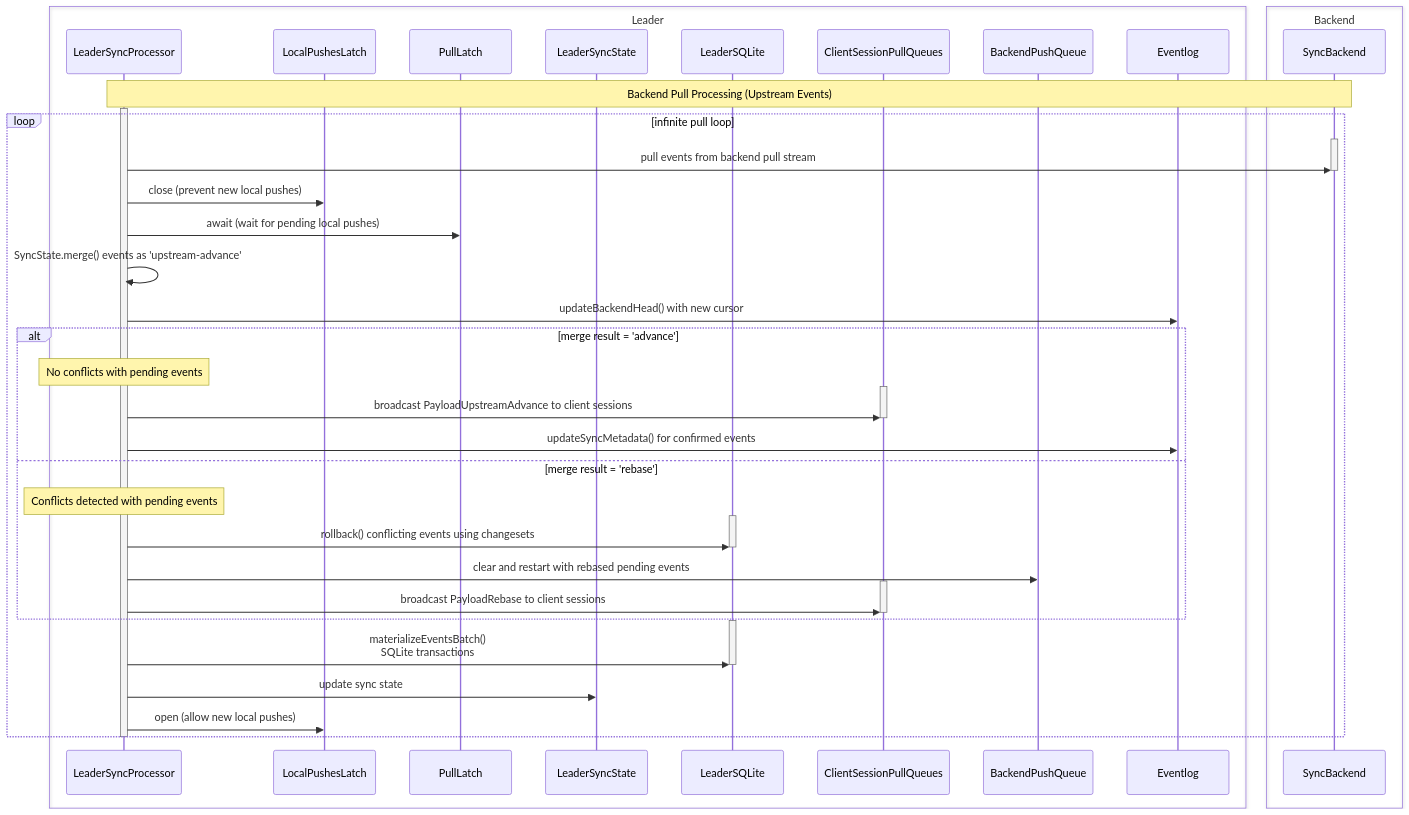
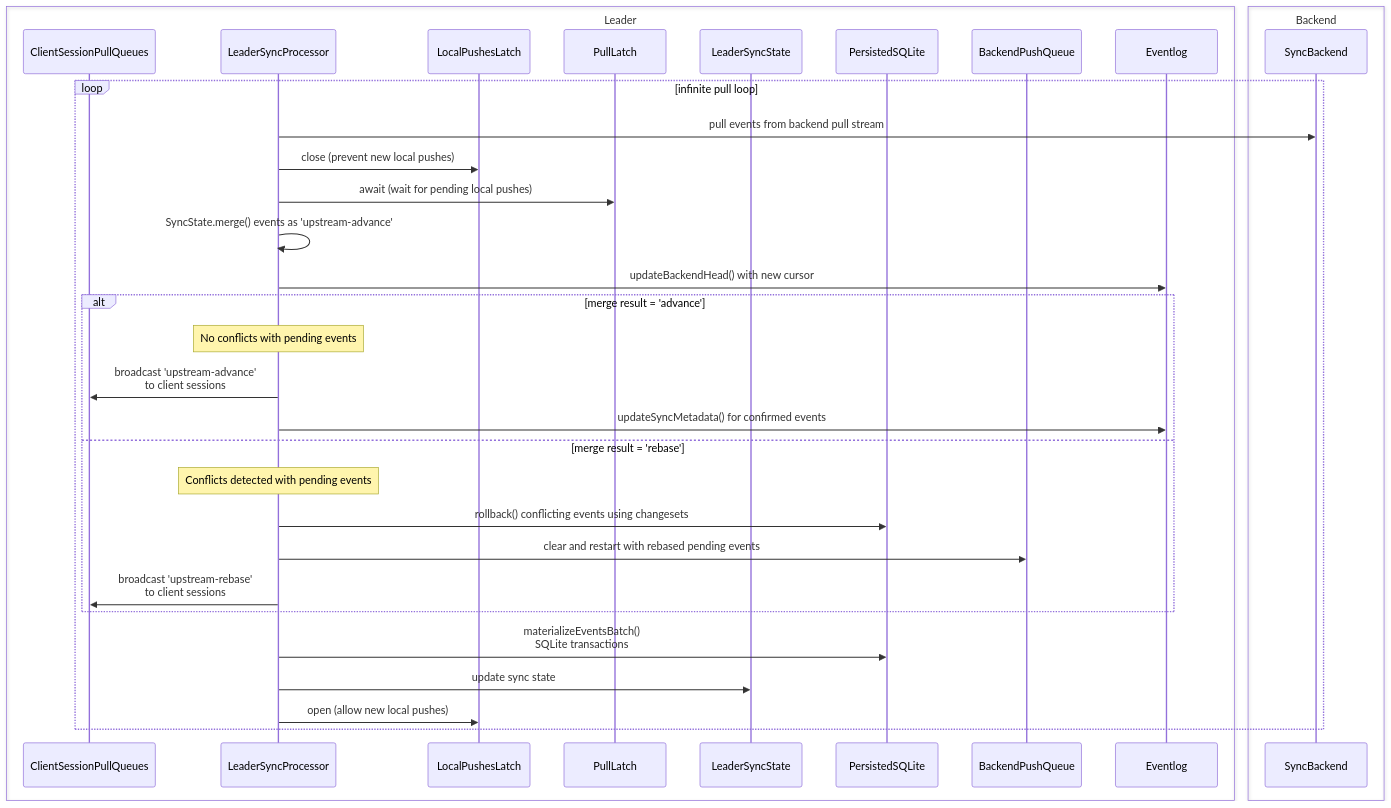
Before and after one commit to livestorejs/livestore: the diagram in docs/src/content/docs/reference/syncing/diagrams/leader-pull-processing.mermaid, drawn with Mermaid. The commit also changed 5 other files, not shown here.

Commit message:
docs(reference): syncing sequence diagrams

```diff
--- a/docs/src/content/docs/reference/syncing/diagrams/leader-pull-processing.mermaid
+++ b/docs/src/content/docs/reference/syncing/diagrams/leader-pull-processing.mermaid
@@ -1,60 +1,41 @@
 sequenceDiagram
     box Leader
+        participant ClientSessionPullQueues
         participant LSP as LeaderSyncProcessor
         participant LocalPushesLatch
         participant PullLatch
         participant LeaderSyncState
-        participant LeaderSQLite
-        participant ClientSessionPullQueues
+        participant PersistedSQLite
         participant BackendPushQueue
         participant Eventlog
     end
     box Backend
         participant SyncBackend
     end
 
-    Note over LSP, SyncBackend: Backend Pull Processing (Upstream Events)
+    loop infinite pull loop
+        LSP->>SyncBackend: pull events from backend pull stream
 
-    %% Continuous pull loop
-    activate LSP
-    loop infinite pull loop
-        activate SyncBackend
-        LSP->>SyncBackend: pull events from backend pull stream
-        deactivate SyncBackend
-        
-        %% Coordinate with local pushes
         LSP->>LocalPushesLatch: close (prevent new local pushes)
         LSP->>PullLatch: await (wait for pending local pushes)
-        
-        %% Process upstream events
+
         LSP->>LSP: SyncState.merge() events as 'upstream-advance'
         LSP->>Eventlog: updateBackendHead() with new cursor
-        
+
         alt merge result = 'advance'
             Note over LSP: No conflicts with pending events
-            activate ClientSessionPullQueues
-            LSP->>ClientSessionPullQueues: broadcast PayloadUpstreamAdvance to client sessions
-            deactivate ClientSessionPullQueues
+            LSP->>ClientSessionPullQueues: broadcast 'upstream-advance'<br/>to client sessions
             LSP->>Eventlog: updateSyncMetadata() for confirmed events
-            
+
         else merge result = 'rebase'
             Note over LSP: Conflicts detected with pending events
-            activate LeaderSQLite
-            LSP->>LeaderSQLite: rollback() conflicting events using changesets
-            deactivate LeaderSQLite
+            LSP->>PersistedSQLite: rollback() conflicting events using changesets
             LSP->>BackendPushQueue: clear and restart with rebased pending events
-            activate ClientSessionPullQueues
-            LSP->>ClientSessionPullQueues: broadcast PayloadRebase to client sessions
-            deactivate ClientSessionPullQueues
+            LSP->>ClientSessionPullQueues: broadcast 'upstream-rebase'<br/>to client sessions
         end
-        
-        %% Materialize upstream events
-        activate LeaderSQLite
-        LSP->>LeaderSQLite: materializeEventsBatch()<br/>SQLite transactions
-        deactivate LeaderSQLite
+
+        LSP->>PersistedSQLite: materializeEventsBatch()<br/>SQLite transactions
         LSP->>LeaderSyncState: update sync state
-        
-        %% Re-enable local pushes
+
         LSP->>LocalPushesLatch: open (allow new local pushes)
     end
-    deactivate LSP
```
